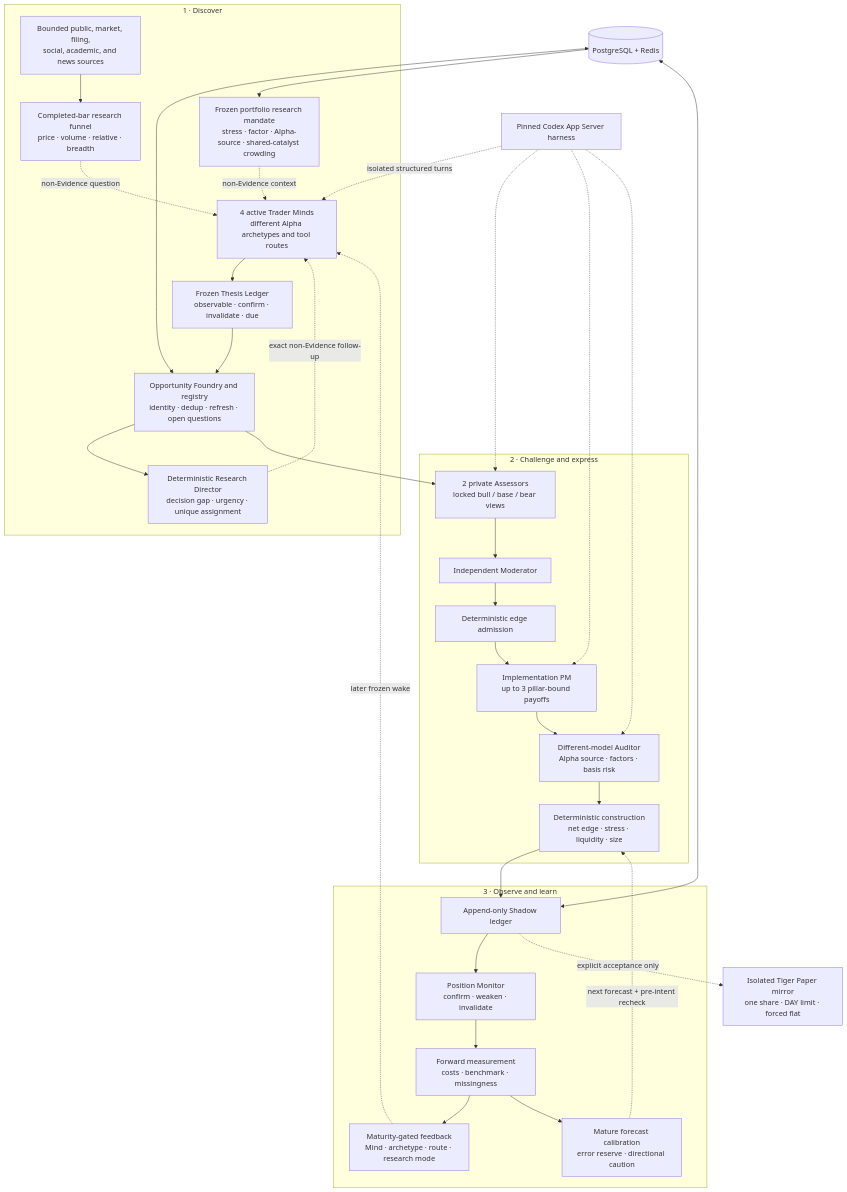
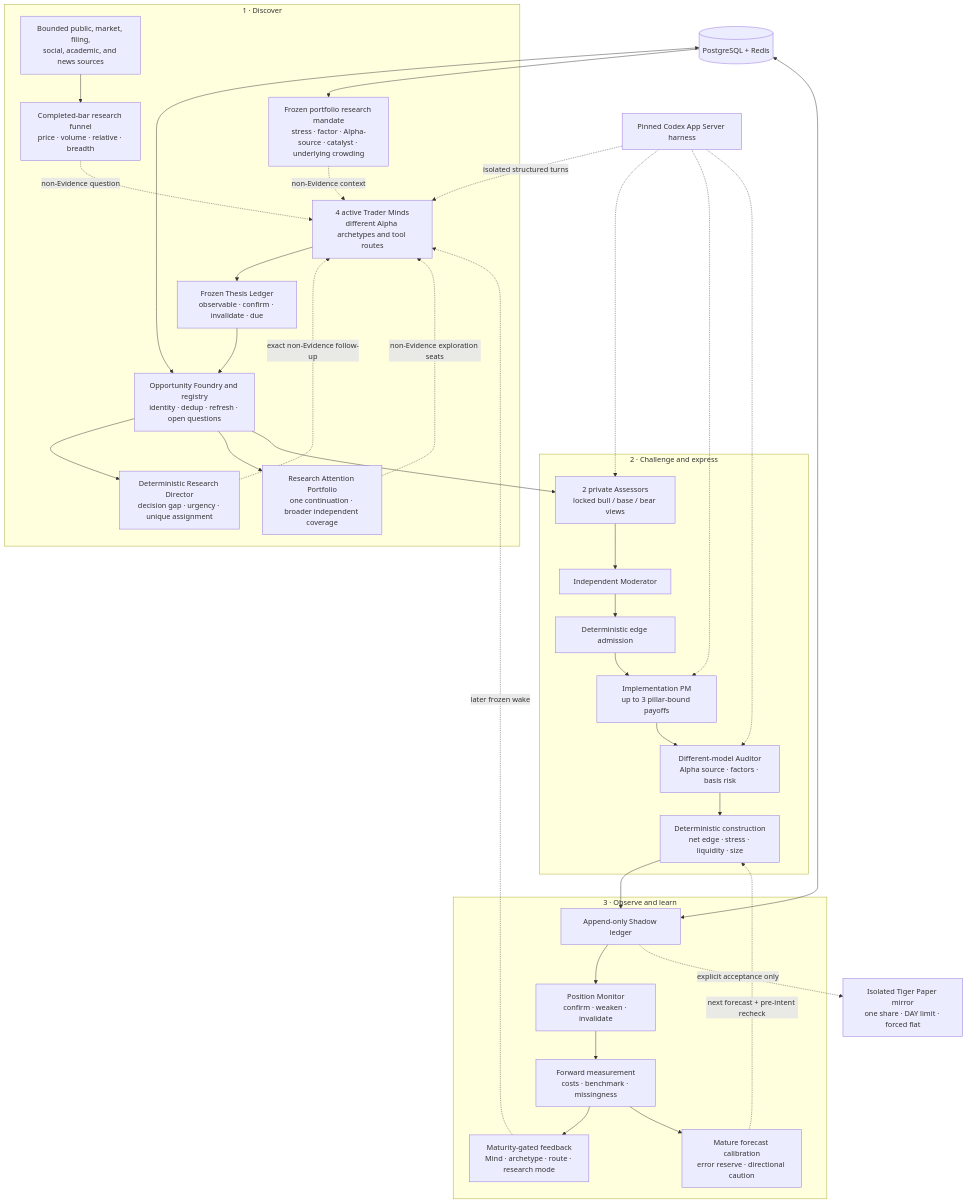
Before and after one commit to kyky2347/ALTA: the second of 2 diagrams in README.md, drawn with Mermaid. The commit also changed other lines of this file and 65 other files, not shown here.

Commit message:
feat: harden research breadth and execution evidence

````diff
--- a/README.md
+++ b/README.md
@@ -123,48 +133,50 @@
 ```mermaid
 flowchart TB
   subgraph discover["1 · Discover"]
     sources["Bounded public, market, filing,<br/>social, academic, and news sources"]
     screen["Completed-bar research funnel<br/>price · volume · relative · breadth"]
-    mandate["Frozen portfolio research mandate<br/>stress · factor · Alpha-source · shared-catalyst crowding"]
+    mandate["Frozen portfolio research mandate<br/>stress · factor · Alpha-source · catalyst · underlying crowding"]
     minds["4 active Trader Minds<br/>different Alpha archetypes and tool routes"]
     thesis["Frozen Thesis Ledger<br/>observable · confirm · invalidate · due"]
     registry["Opportunity Foundry and registry<br/>identity · dedup · refresh · open questions"]
     director["Deterministic Research Director<br/>decision gap · urgency · unique assignment"]
+    attention["Research Attention Portfolio<br/>one continuation · broader independent coverage"]
     sources --> screen -. "non-Evidence question" .-> minds --> thesis --> registry
     registry --> director -. "exact non-Evidence follow-up" .-> minds
+    registry --> attention -. "non-Evidence exploration seats" .-> minds
     mandate -. "non-Evidence context" .-> minds
   end
 
   subgraph decide["2 · Challenge and express"]
     assess["2 private Assessors<br/>locked bull / base / bear views"]
     moderate["Independent Moderator"]
     rank["Deterministic edge admission"]
     implement["Implementation PM<br/>up to 3 pillar-bound payoffs"]
     audit["Different-model Auditor<br/>Alpha source · factors · basis risk"]
     construct["Deterministic construction<br/>net edge · stress · liquidity · size"]
     assess --> moderate --> rank --> implement --> audit --> construct
   end
 
   subgraph learn["3 · Observe and learn"]
     ledger["Append-only Shadow ledger"]
     monitor["Position Monitor<br/>confirm · weaken · invalidate"]
     outcome["Forward measurement<br/>costs · benchmark · missingness"]
     feedback["Maturity-gated feedback<br/>Mind · archetype · route · research mode"]
     calibration["Mature forecast calibration<br/>error reserve · directional caution"]
     ledger --> monitor --> outcome --> feedback
     outcome --> calibration
   end
 
   registry --> assess
   construct --> ledger
   feedback -. "later frozen wake" .-> minds
   calibration -. "next forecast + pre-intent recheck" .-> construct
   state[("PostgreSQL + Redis")] <--> registry
   state <--> ledger
   state --> mandate
   harness["Pinned Codex App Server harness"] -. "isolated structured turns" .-> minds
   harness -.-> assess
   harness -.-> implement
   harness -.-> audit
   ledger -. "explicit acceptance only" .-> paper["Isolated Tiger Paper mirror<br/>one share · DAY limit · forced flat"]
 ```
````
